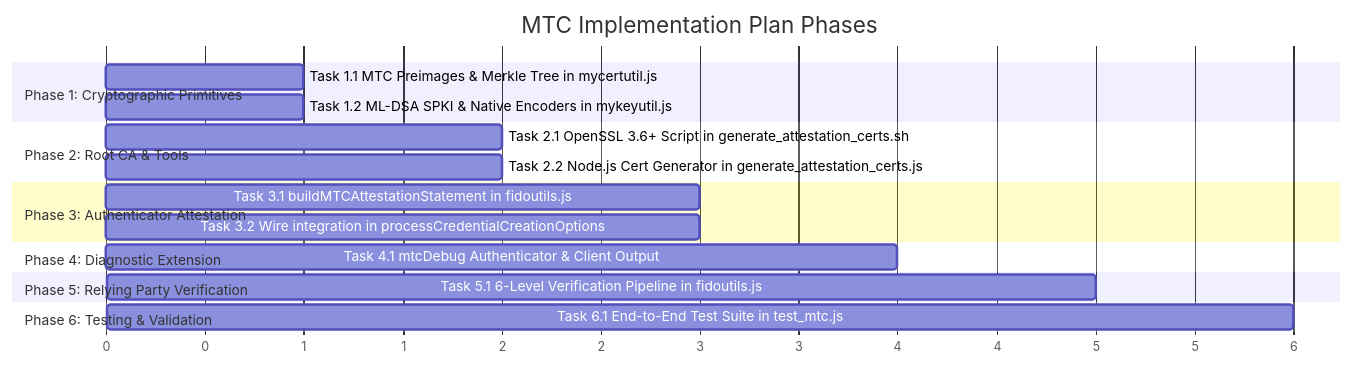
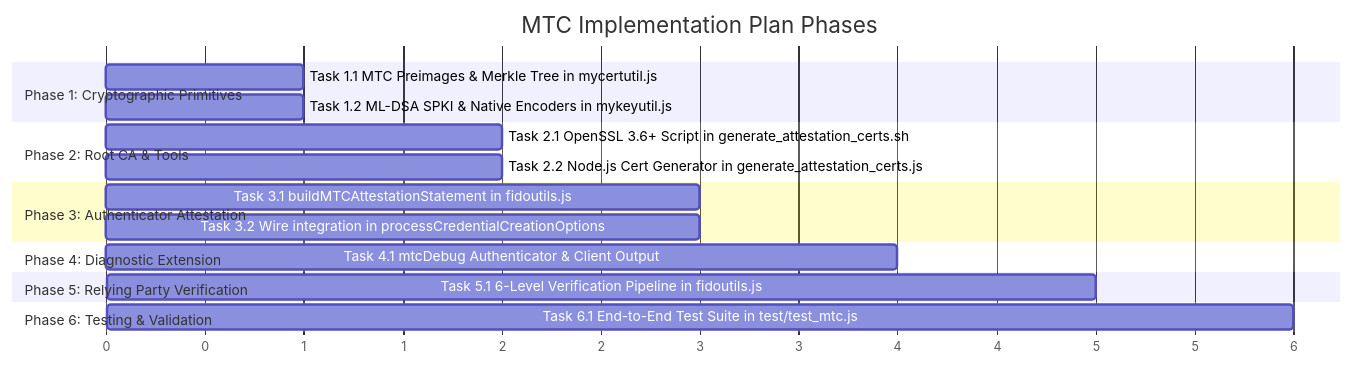
One commit to sbweeden/fido2-node-clients changed the second of 2 diagrams in MTC_IMPLEMENTATION_PLAN.md. Above: the diagram before and after it, drawn with Mermaid. The commit also changed other lines of this file and 8 other files, not shown here.

````diff
--- a/MTC_IMPLEMENTATION_PLAN.md
+++ b/MTC_IMPLEMENTATION_PLAN.md
@@ -182,21 +182,21 @@
 ```mermaid
 gantt
     title MTC Implementation Plan Phases
     dateFormat  X
     axisFormat %s
     section Phase 1: Cryptographic Primitives
     Task 1.1 MTC Preimages & Merkle Tree in mycertutil.js :0, 1
     Task 1.2 ML-DSA SPKI & Native Encoders in mykeyutil.js :0, 1
     section Phase 2: Root CA & Tools
     Task 2.1 OpenSSL 3.6+ Script in generate_attestation_certs.sh :1, 2
     Task 2.2 Node.js Cert Generator in generate_attestation_certs.js :1, 2
     section Phase 3: Authenticator Attestation
     Task 3.1 buildMTCAttestationStatement in fidoutils.js :2, 3
     Task 3.2 Wire integration in processCredentialCreationOptions :2, 3
     section Phase 4: Diagnostic Extension
     Task 4.1 mtcDebug Authenticator & Client Output :3, 4
     section Phase 5: Relying Party Verification
     Task 5.1 6-Level Verification Pipeline in fidoutils.js :4, 5
     section Phase 6: Testing & Validation
-    Task 6.1 End-to-End Test Suite in test_mtc.js :5, 6
+    Task 6.1 End-to-End Test Suite in test/test_mtc.js :5, 6
 ```
````
